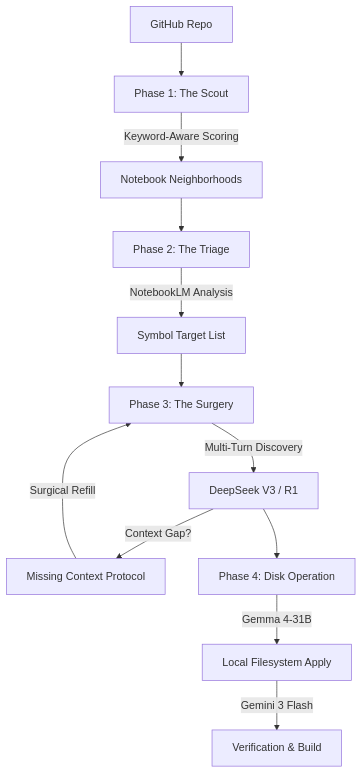
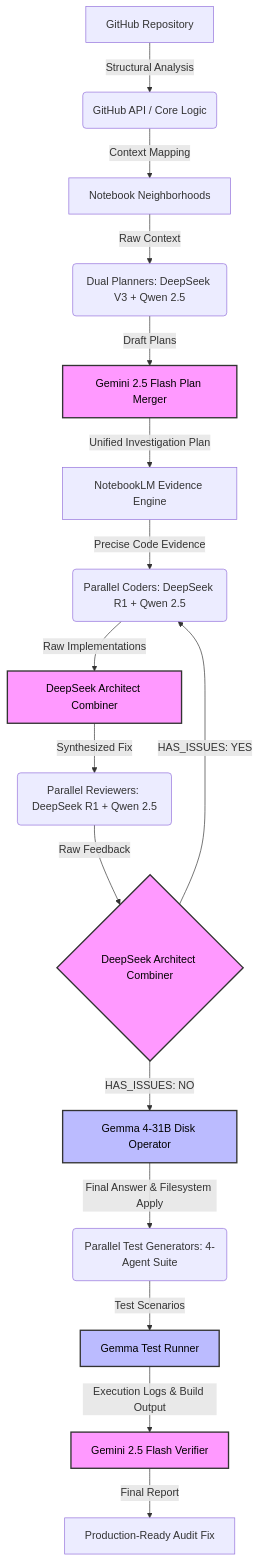
One commit to jaadu611/repoorbit changed the diagram in README.md. Above: the diagram before and after it, drawn with Mermaid. The commit also changed other lines of this file and 27 other files, not shown here.

````diff
--- a/README.md
+++ b/README.md
@@ -9,14 +13,31 @@
 ```mermaid
 graph TD
-    A[GitHub Repo] --> B[Phase 1: The Scout]
-    B -->|Keyword-Aware Scoring| C[Notebook Neighborhoods]
-    C --> D[Phase 2: The Triage]
-    D -->|NotebookLM Analysis| E[Symbol Target List]
-    E --> F[Phase 3: The Surgery]
-    F -->|Multi-Turn Discovery| G[DeepSeek V3 / R1]
-    G -->|Context Gap?| H[Missing Context Protocol]
-    H -->|Surgical Refill| F
-    G --> I[Phase 4: Disk Operation]
-    I -->|Gemma 4-31B| J[Local Filesystem Apply]
-    J -->|Gemini 3 Flash| K[Verification & Build]
+    A[ GitHub Repository ] -->| Structural Analysis | B( GitHub API / Core Logic )
+    B -->| Context Mapping | C[ Notebook Neighborhoods ]
+    
+    C -->| Raw Context | D( Dual Planners: DeepSeek V3 + Qwen 2.5 )
+    D -->| Draft Plans | E[ Gemini 2.5 Flash Plan Merger ]
+    E -->| Unified Investigation Plan | F[ NotebookLM Evidence Engine ]
+    
+    F -->| Precise Code Evidence | G( Parallel Coders: DeepSeek R1 + Qwen 2.5 )
+    G -->| Raw Implementations | H[ DeepSeek Architect Combiner ]
+    
+    H -->| Synthesized Fix | I( Parallel Reviewers: DeepSeek R1 + Qwen 2.5 )
+    I -->| Raw Feedback | J{ DeepSeek Architect Combiner }
+    
+    J -->| HAS_ISSUES: YES | G
+    J -->| HAS_ISSUES: NO | K[ Gemma 4-31B Disk Operator ]
+    
+    K -->| Final Answer & Filesystem Apply | L( Parallel Test Generators: 4-Agent Suite )
+    L -->| Test Scenarios | M[ Gemma Test Runner ]
+    
+    M -->| Execution Logs & Build Output | N[ Gemini 2.5 Flash Verifier ]
+    N -->| Final Report | O[ Production-Ready Audit Fix ]
+
+    style E fill:#f9f,stroke:#333,stroke-width:2px,color:#000
+    style H fill:#f9f,stroke:#333,stroke-width:2px,color:#000
+    style J fill:#f9f,stroke:#333,stroke-width:2px,color:#000
+    style N fill:#f9f,stroke:#333,stroke-width:2px,color:#000
+    style K fill:#bbf,stroke:#333,stroke-width:2px,color:#000
+    style M fill:#bbf,stroke:#333,stroke-width:2px,color:#000
 ```
````
